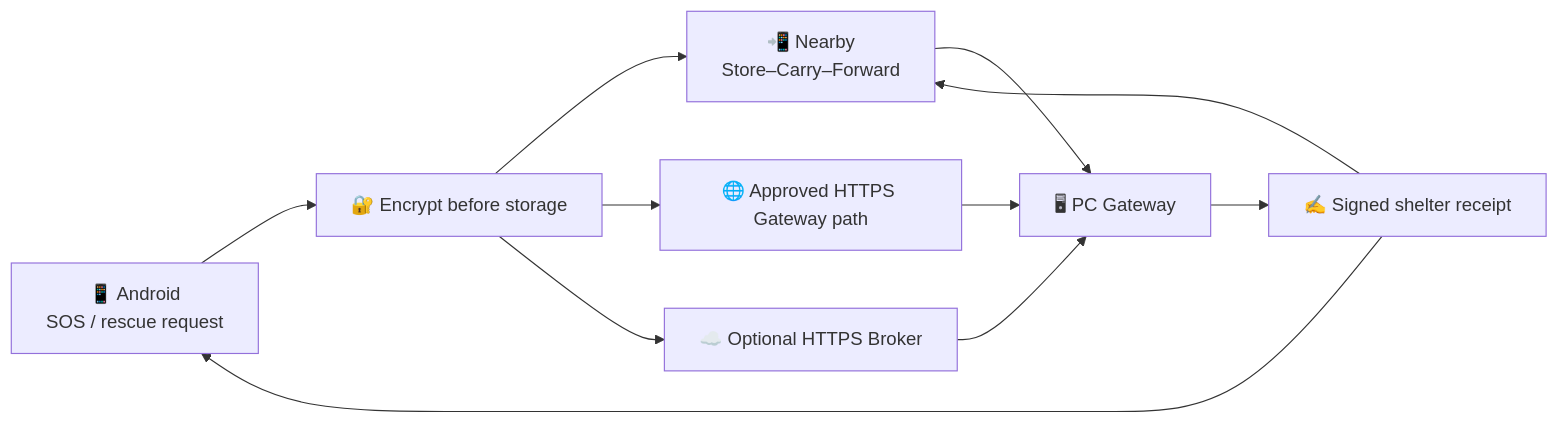
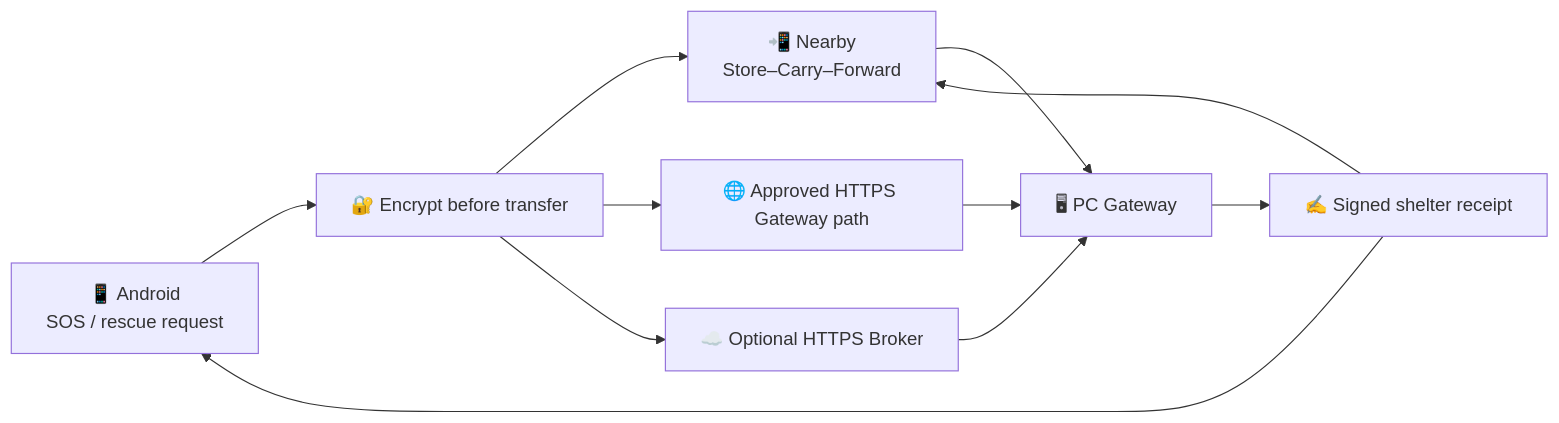
One commit to NEGI46/Relay changed the diagram in README.md. Above: the diagram before and after it, drawn with Mermaid. The commit also changed other lines of this file, not shown here.

````diff
--- a/README.md
+++ b/README.md
@@ -33,13 +28,13 @@
 ```mermaid
 flowchart LR
-    A[📱 Android<br/>SOS / rescue request] --> B[🔐 Encrypt before storage]
+    A[📱 Android<br/>SOS / rescue request] --> B[🔐 Encrypt before transfer]
     B --> N[📲 Nearby<br/>Store–Carry–Forward]
     B --> G[🌐 Approved HTTPS Gateway path]
     B --> C[☁️ Optional HTTPS Broker]
     N --> P[🖥 PC Gateway]
     G --> P
     C --> P
     P --> R[✍️ Signed shelter receipt]
     R --> A
     R --> N
 ```
````
